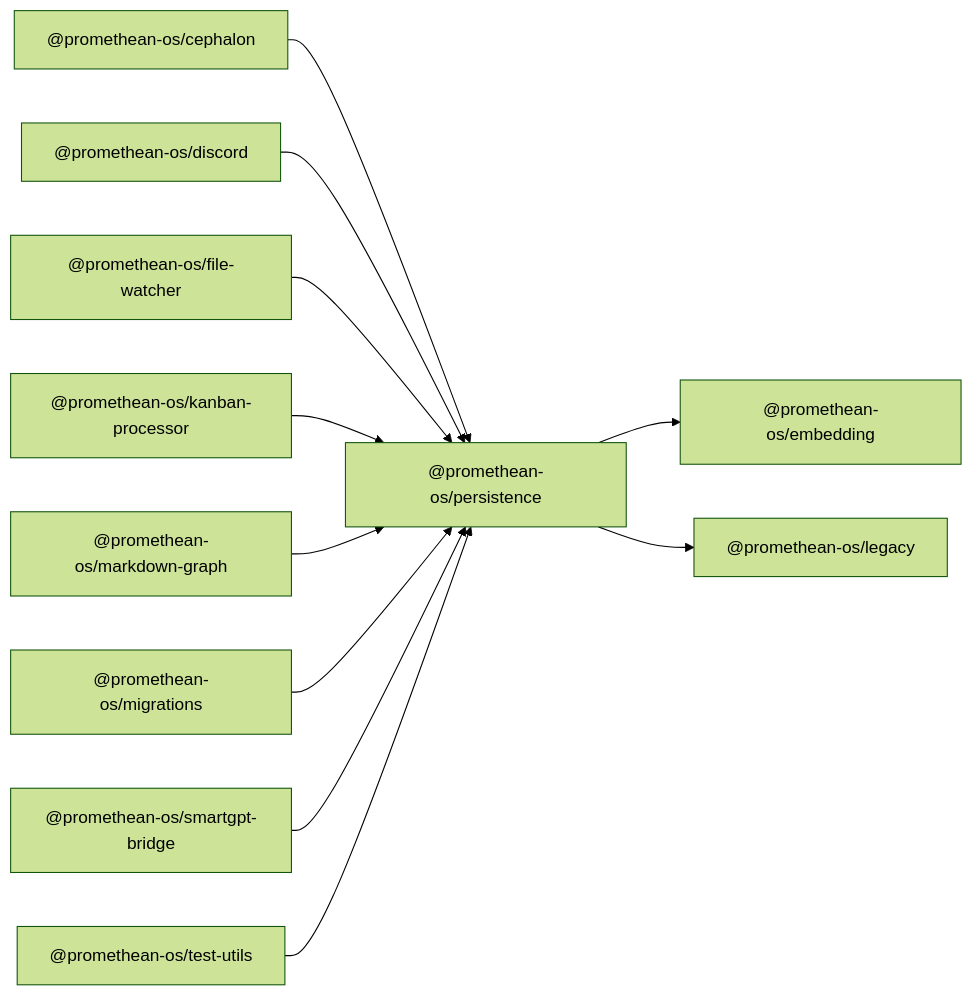
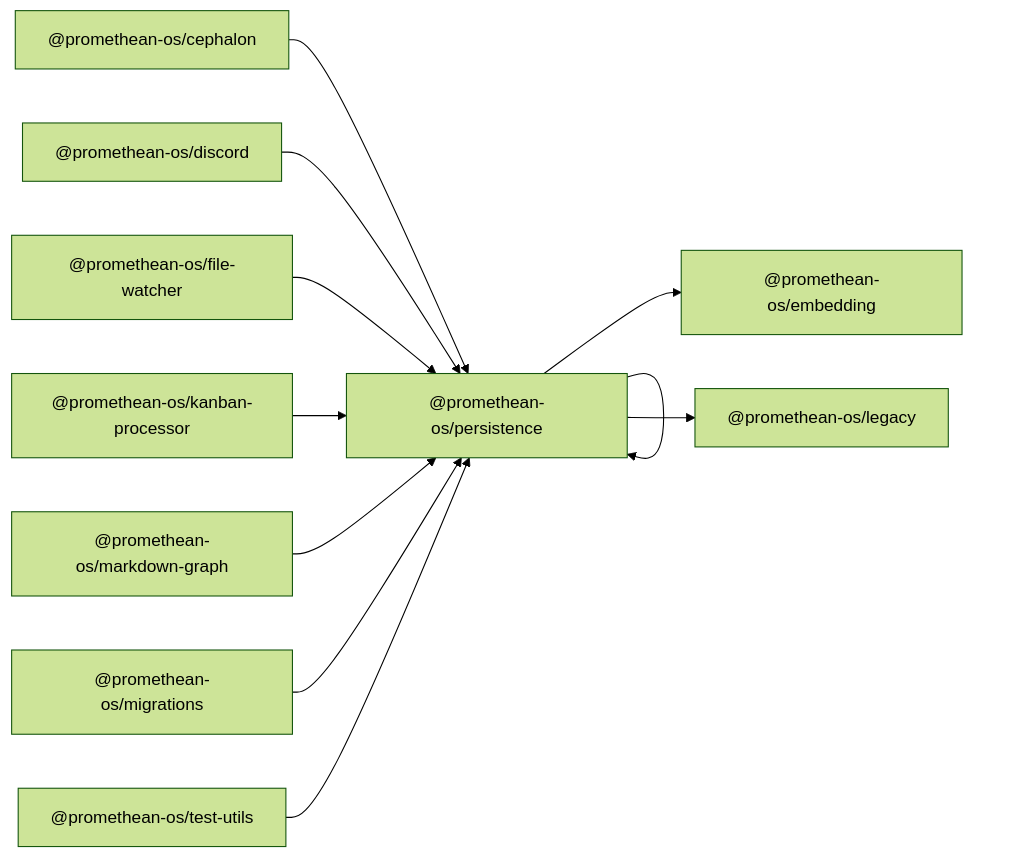
One commit to octave-commons/promethean changed the diagram in docs.github/packages/persistence/README.md. Above: the diagram before and after it, drawn with Mermaid (forest theme). The commit also changed other lines of this file and 8 other files, not shown here.

First line of the commit message:
docs: remove smartgpt-bridge references from package READMEs

````diff
--- a/docs.github/packages/persistence/README.md
+++ b/docs.github/packages/persistence/README.md
@@ -14,34 +14,34 @@
 ```mermaid
 graph LR
   A["@promethean-os/persistence"]
   D1["@promethean-os/embedding"]
   D2["@promethean-os/legacy"]
   R1["@promethean-os/cephalon"]
   R2["@promethean-os/discord"]
   R3["@promethean-os/file-watcher"]
   R4["@promethean-os/kanban-processor"]
   R5["@promethean-os/markdown-graph"]
   R6["@promethean-os/migrations"]
-  R7["@promethean-os/smartgpt-bridge"]
+  
   R8["@promethean-os/test-utils"]
   A --> D1["@promethean-os/embedding"]
   A --> D2["@promethean-os/legacy"]
   R1["@promethean-os/cephalon"] --> A
   R2["@promethean-os/discord"] --> A
   R3["@promethean-os/file-watcher"] --> A
   R4["@promethean-os/kanban-processor"] --> A
   R5["@promethean-os/markdown-graph"] --> A
   R6["@promethean-os/migrations"] --> A
-  R7["@promethean-os/smartgpt-bridge"] --> A
+   --> A
   R8["@promethean-os/test-utils"] --> A
   click D1 "../embedding/README.md" "@promethean-os/embedding"
   click D2 "../legacy/README.md" "@promethean-os/legacy"
   click R1 "../cephalon/README.md" "@promethean-os/cephalon"
   click R2 "../discord/README.md" "@promethean-os/discord"
   click R3 "../file-watcher/README.md" "@promethean-os/file-watcher"
   click R4 "../kanban-processor/README.md" "@promethean-os/kanban-processor"
   click R5 "../markdown-graph/README.md" "@promethean-os/markdown-graph"
   click R6 "../migrations/README.md" "@promethean-os/migrations"
-  click R7 "../smartgpt-bridge/README.md" "@promethean-os/smartgpt-bridge"
+  
   click R8 "../test-utils/README.md" "@promethean-os/test-utils"
 ```
````
